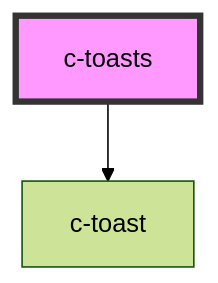
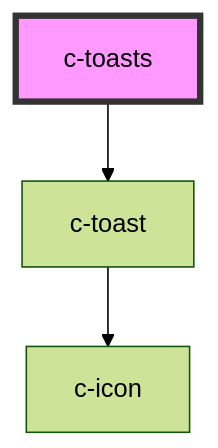
One commit to CSCfi/ui changed the diagram in packages/csc-ui/src/components/c-toasts/readme.md. Above: the diagram before and after it, drawn with Mermaid (forest theme). The commit also changed 39 other files, not shown here.

````diff
--- a/packages/csc-ui/src/components/c-toasts/readme.md
+++ b/packages/csc-ui/src/components/c-toasts/readme.md
@@ -47,5 +47,6 @@
 ```mermaid
 graph TD;
   c-toasts --> c-toast
+  c-toast --> c-icon
   style c-toasts fill:#f9f,stroke:#333,stroke-width:4px
 ```
````
